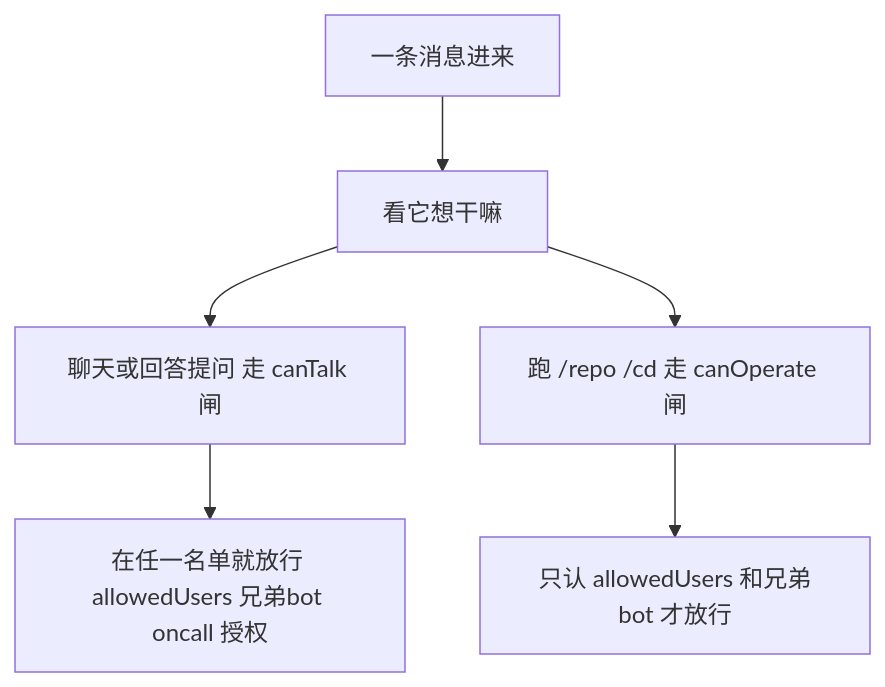
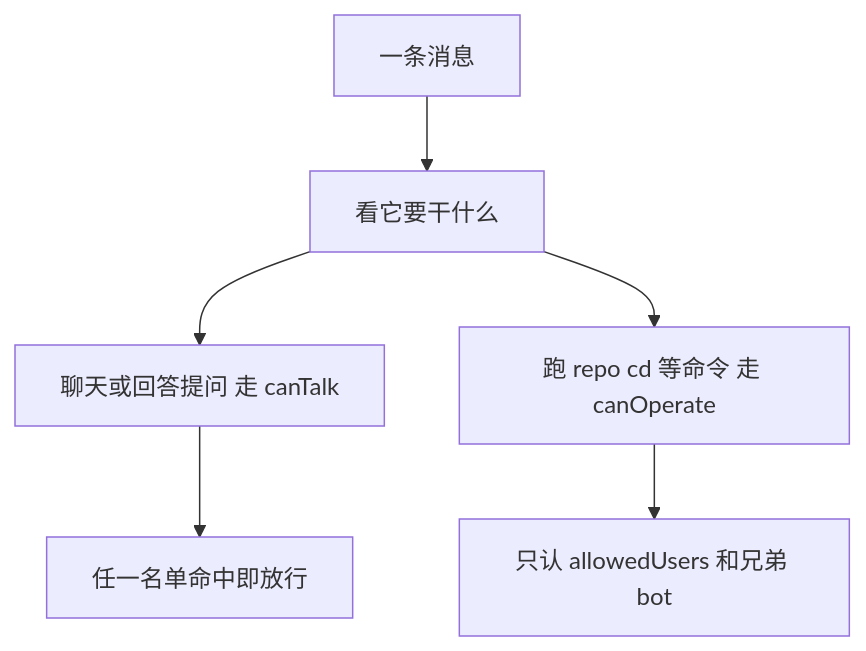
Before and after one commit to diguike/book-source-reading: the seventh of 8 diagrams in book/05-botmux.md, drawn with Mermaid. The commit also changed other lines of this file and 14 other files, not shown here.

````diff
--- a/book/05-botmux.md
+++ b/book/05-botmux.md
@@ -795,8 +529,8 @@
 ```mermaid
 graph TB
-    Msg[一条消息进来] --> Q[看它想干嘛]
-    Q --> T[聊天或回答提问 走 canTalk 闸]
-    Q --> O[跑 /repo /cd 走 canOperate 闸]
-    T --> P1[在任一名单就放行 allowedUsers 兄弟bot oncall 授权]
-    O --> P2[只认 allowedUsers 和兄弟bot 才放行]
+    Msg[一条消息] --> Q[看它要干什么]
+    Q --> T[聊天或回答提问 走 canTalk]
+    Q --> O[跑 repo cd 等命令 走 canOperate]
+    T --> P1[任一名单命中即放行]
+    O --> P2[只认 allowedUsers 和兄弟 bot]
 ```
````
